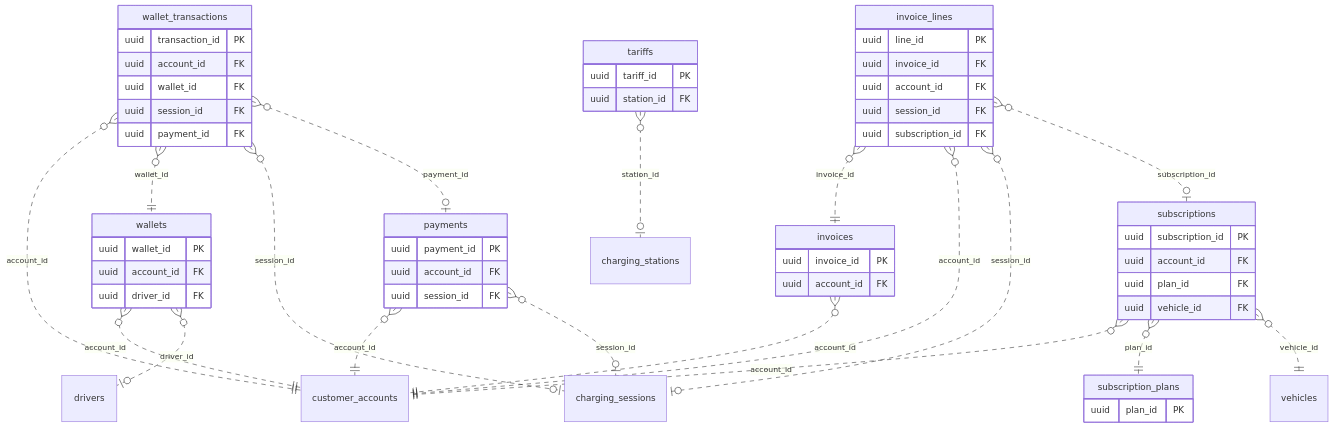
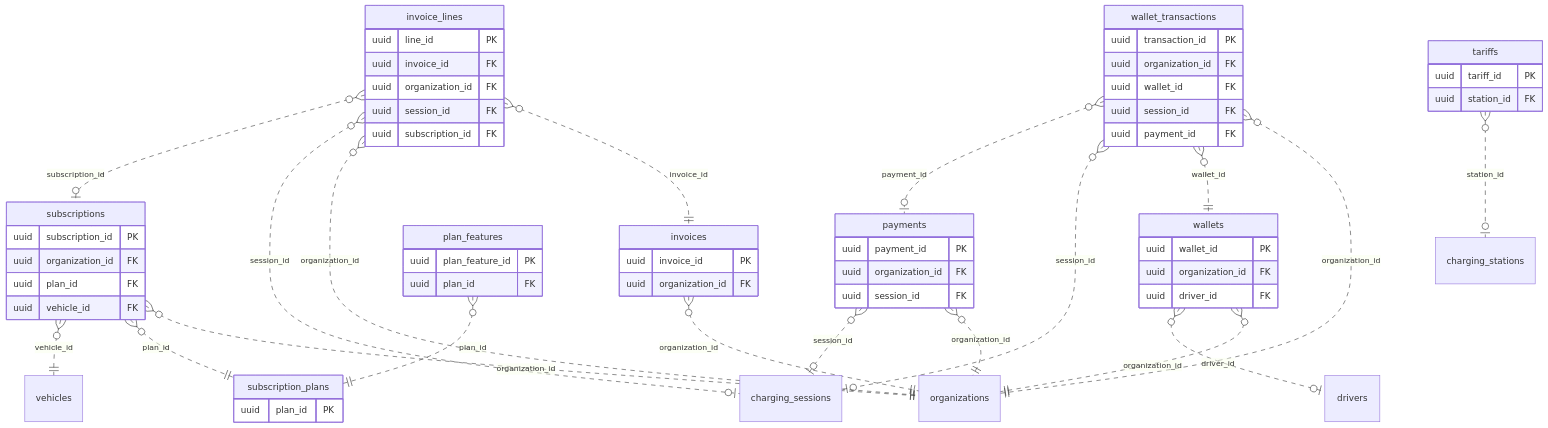
The diagram in docs/01-requirements/domain-model/domains/billing.md (yolo-coccoc/G3Network-app), drawn with Mermaid before and after one commit. The commit also changed other lines of this file and 20 other files, not shown here.

````diff
--- a/docs/01-requirements/domain-model/domains/billing.md
+++ b/docs/01-requirements/domain-model/domains/billing.md
@@ -19,61 +20,66 @@
 ```mermaid
 erDiagram
   tariffs {
     uuid tariff_id PK
     uuid station_id FK
   }
   payments {
     uuid payment_id PK
-    uuid account_id FK
+    uuid organization_id FK
     uuid session_id FK
   }
   wallets {
     uuid wallet_id PK
-    uuid account_id FK
+    uuid organization_id FK
     uuid driver_id FK
   }
   wallet_transactions {
     uuid transaction_id PK
-    uuid account_id FK
+    uuid organization_id FK
     uuid wallet_id FK
     uuid session_id FK
     uuid payment_id FK
   }
   invoices {
     uuid invoice_id PK
-    uuid account_id FK
+    uuid organization_id FK
   }
   invoice_lines {
     uuid line_id PK
     uuid invoice_id FK
-    uuid account_id FK
+    uuid organization_id FK
     uuid session_id FK
     uuid subscription_id FK
   }
   subscription_plans {
     uuid plan_id PK
   }
+  plan_features {
+    uuid plan_feature_id PK
+    uuid plan_id FK
+  }
   subscriptions {
     uuid subscription_id PK
-    uuid account_id FK
+    uuid organization_id FK
     uuid plan_id FK
     uuid vehicle_id FK
   }
   tariffs }o..o| charging_stations : "station_id"
-  payments }o..|| customer_accounts : "account_id"
+  payments }o..|| organizations : "organization_id"
   payments }o..o| charging_sessions : "session_id"
-  wallets }o..|| customer_accounts : "account_id"
+  wallets }o..|| organizations : "organization_id"
   wallets }o..o| drivers : "driver_id"
-  wallet_transactions }o..|| customer_accounts : "account_id"
+  wallet_transactions }o..|| organizations : "organization_id"
   wallet_transactions }o..|| wallets : "wallet_id"
   wallet_transactions }o..o| charging_sessions : "session_id"
   wallet_transactions }o..o| payments : "payment_id"
-  invoices }o..|| customer_accounts : "account_id"
+  invoices }o..|| organizations : "organization_id"
   invoice_lines }o..|| invoices : "invoice_id"
-  invoice_lines }o..|| customer_accounts : "account_id"
+  invoice_lines }o..|| organizations : "organization_id"
   invoice_lines }o..o| charging_sessions : "session_id"
   invoice_lines }o..o| subscriptions : "subscription_id"
-  subscriptions }o..|| customer_accounts : "account_id"
+  subscriptions }o..|| organizations : "organization_id"
   subscriptions }o..|| subscription_plans : "plan_id"
+  plan_features }o..|| subscription_plans : "plan_id"
   subscriptions }o..|| vehicles : "vehicle_id"
 ```
````
